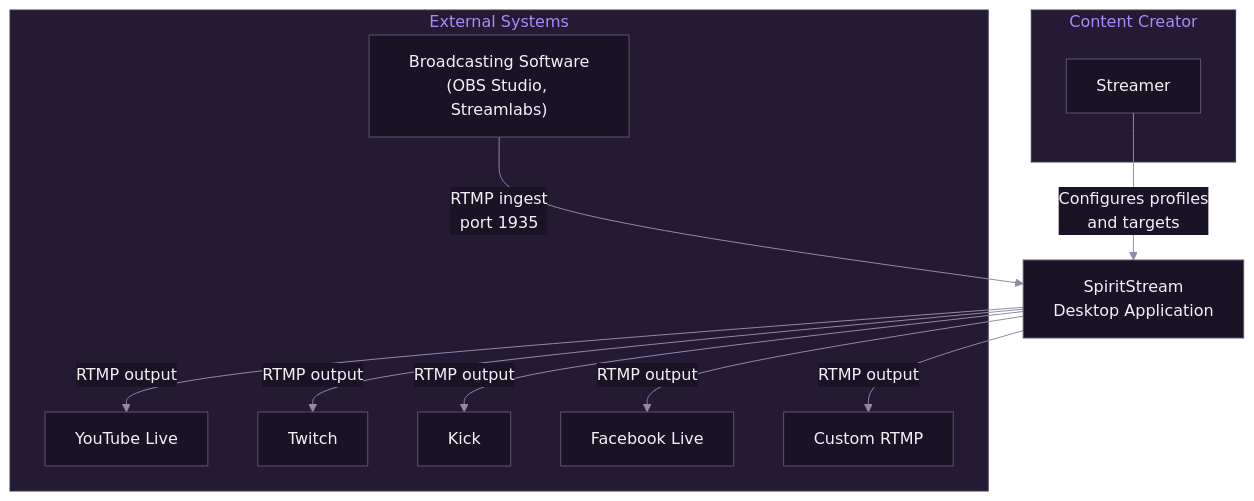
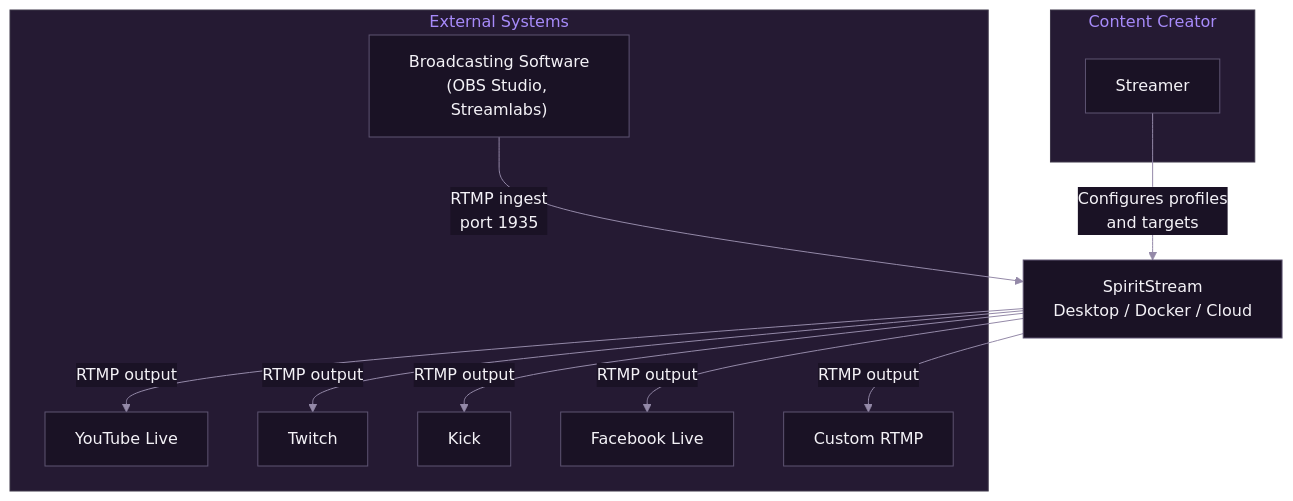
One commit to ScopeCreep-zip/SpiritStream changed the first of 3 diagrams in docs/01-architecture/01-system-overview.md. Above: the diagram before and after it, drawn with Mermaid. The commit also changed other lines of this file and 13 other files, not shown here.

````diff
--- a/docs/01-architecture/01-system-overview.md
+++ b/docs/01-architecture/01-system-overview.md
@@ -38,41 +39,41 @@
 ```mermaid
 %%{init: {'theme': 'base', 'themeVariables': {
   'primaryColor': '#3D3649',
   'primaryTextColor': '#F4F2F7',
   'primaryBorderColor': '#7C3AED',
   'lineColor': '#9489A8',
   'secondaryColor': '#251A33',
   'tertiaryColor': '#1A1225',
   'background': '#0F0A14',
   'mainBkg': '#1A1225',
   'nodeBorder': '#5E5472',
   'clusterBkg': '#251A33',
   'clusterBorder': '#3D3649',
   'titleColor': '#A78BFA',
   'edgeLabelBackground': '#1A1225',
   'textColor': '#F4F2F7'
 }}}%%
 flowchart TB
     subgraph External["External Systems"]
         OBS["Broadcasting Software<br/>(OBS Studio, Streamlabs)"]
         YT["YouTube Live"]
         TW["Twitch"]
         KK["Kick"]
         FB["Facebook Live"]
         Custom["Custom RTMP"]
     end
 
     subgraph User["Content Creator"]
         Creator["Streamer"]
     end
 
-    SS["SpiritStream<br/>Desktop Application"]
+    SS["SpiritStream<br/>Desktop / Docker / Cloud"]
 
     Creator -->|"Configures profiles<br/>and targets"| SS
     OBS -->|"RTMP ingest<br/>port 1935"| SS
     SS -->|"RTMP output"| YT
     SS -->|"RTMP output"| TW
     SS -->|"RTMP output"| KK
     SS -->|"RTMP output"| FB
     SS -->|"RTMP output"| Custom
 ```
````
